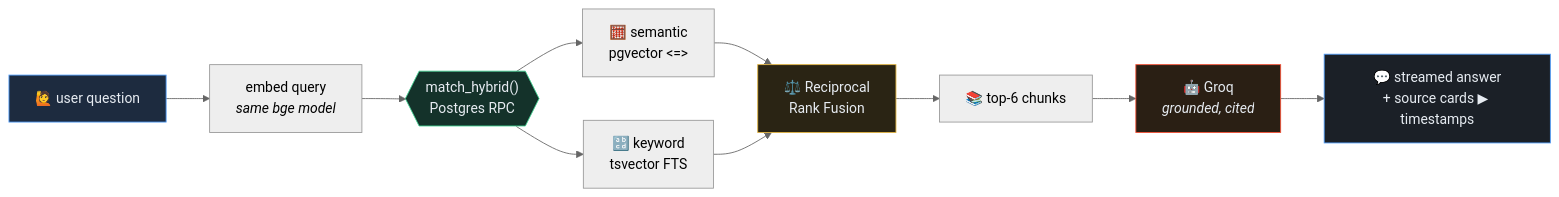
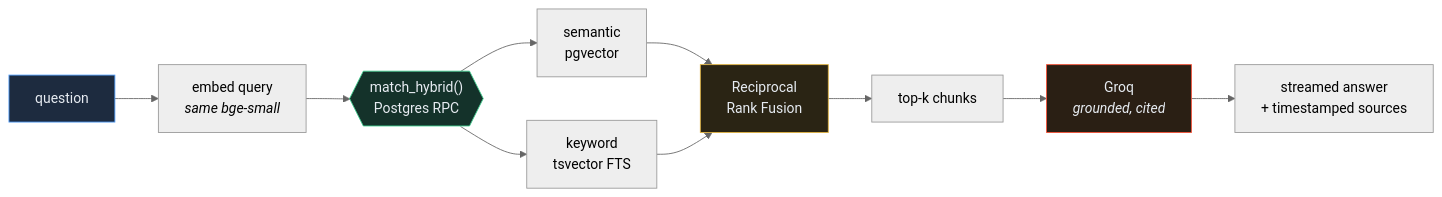
One commit to nate-bowers/huberman-rag changed the second of 2 diagrams in README.md. Above: the diagram before and after it, drawn with Mermaid (neutral theme). The commit also changed other lines of this file, not shown here.

````diff
--- a/README.md
+++ b/README.md
@@ -46,18 +34,17 @@
 ```mermaid
 flowchart LR
-    Q["🙋 user question"] --> EQ["embed query<br/><i>same bge model</i>"]
+    Q["question"] --> EQ["embed query<br/><i>same bge-small</i>"]
     EQ --> H{{"match_hybrid()<br/>Postgres RPC"}}
-    H --> SEM["🧮 semantic<br/>pgvector &lt;=&gt;"]
-    H --> KW["🔡 keyword<br/>tsvector FTS"]
-    SEM --> RRF["⚖️ Reciprocal<br/>Rank Fusion"]
+    H --> SEM["semantic<br/>pgvector"]
+    H --> KW["keyword<br/>tsvector FTS"]
+    SEM --> RRF["Reciprocal<br/>Rank Fusion"]
     KW --> RRF
-    RRF --> CTX["📚 top-6 chunks"]
-    CTX --> LLM["🤖 Groq<br/><i>grounded, cited</i>"]
-    LLM --> ANS["💬 streamed answer<br/>+ source cards ▶ timestamps"]
+    RRF --> CTX["top-k chunks"]
+    CTX --> LLM["Groq<br/><i>grounded, cited</i>"]
+    LLM --> ANS["streamed answer<br/>+ timestamped sources"]
 
     style Q fill:#1d2b3f,stroke:#4f9cf9,color:#e7ecf2
     style H fill:#14322a,stroke:#3ecf8e,color:#e7ecf2
     style RRF fill:#2a2414,stroke:#e0b341,color:#e7ecf2
     style LLM fill:#2a1f14,stroke:#f55036,color:#e7ecf2
-    style ANS fill:#1b2027,stroke:#4f9cf9,color:#e7ecf2
 ```
````
